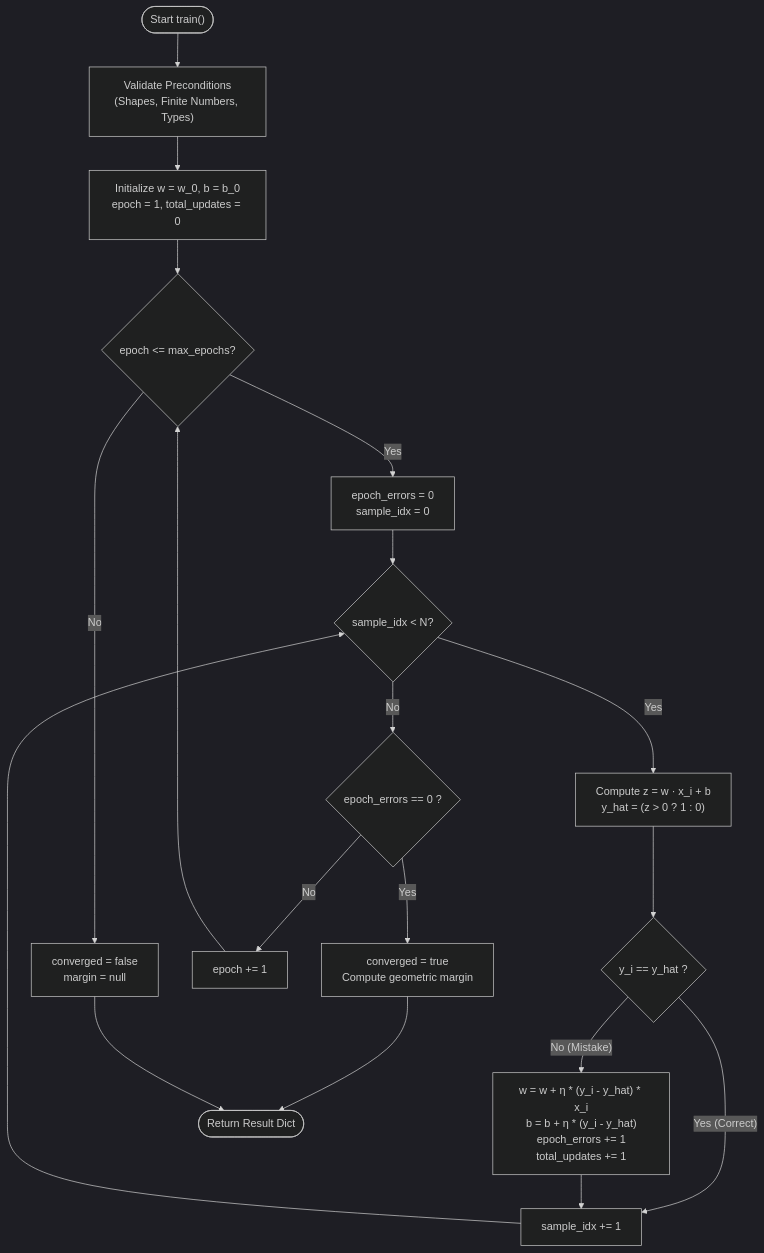
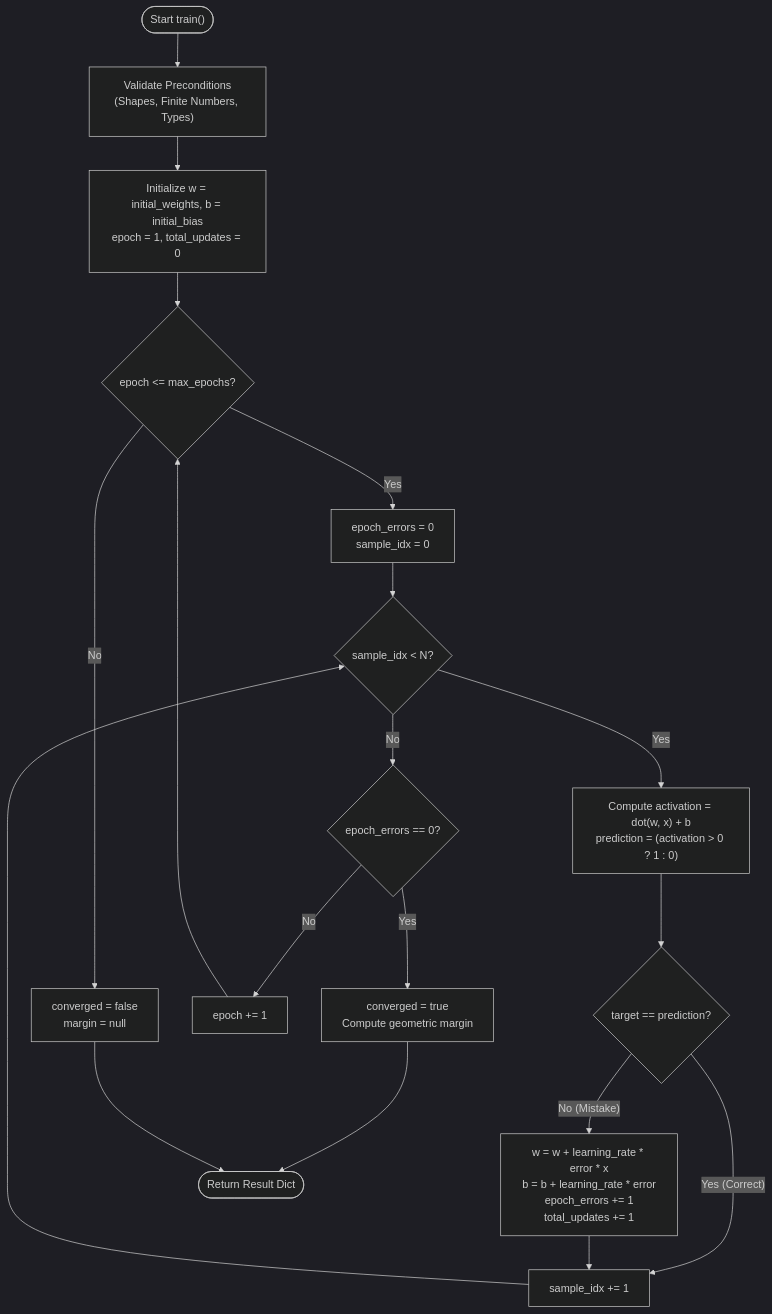
The first of 3 diagrams in src/features/code_engine/algos/nn/perceptron_learning/README.md (Chief-Strategist-J/policy-orchestrator), drawn with Mermaid (dark theme) before and after one commit. The commit also changed other lines of this file and 1 other file, not shown here.

````diff
--- a/src/features/code_engine/algos/nn/perceptron_learning/README.md
+++ b/src/features/code_engine/algos/nn/perceptron_learning/README.md
@@ -47,25 +47,25 @@
 ```mermaid
 flowchart TD
     Start(["Start train()"]) --> Validate["Validate Preconditions<br/>(Shapes, Finite Numbers, Types)"]
-    Validate --> Init["Initialize w = w_0, b = b_0<br/>epoch = 1, total_updates = 0"]
+    Validate --> Init["Initialize w = initial_weights, b = initial_bias<br/>epoch = 1, total_updates = 0"]
     Init --> EpochLoop{"epoch <= max_epochs?"}
     
     EpochLoop -- Yes --> ResetEpoch["epoch_errors = 0<br/>sample_idx = 0"]
     ResetEpoch --> SampleLoop{"sample_idx < N?"}
     
-    SampleLoop -- Yes --> Forward["Compute z = w · x_i + b<br/>y_hat = (z > 0 ? 1 : 0)"]
-    Forward --> CheckErr{"y_i == y_hat ?"}
+    SampleLoop -- Yes --> Forward["Compute activation = dot(w, x) + b<br/>prediction = (activation > 0 ? 1 : 0)"]
+    Forward --> CheckErr{"target == prediction?"}
     CheckErr -- Yes (Correct) --> NextSample["sample_idx += 1"]
-    CheckErr -- No (Mistake) --> Update["w = w + η * (y_i - y_hat) * x_i<br/>b = b + η * (y_i - y_hat)<br/>epoch_errors += 1<br/>total_updates += 1"]
+    CheckErr -- No (Mistake) --> Update["w = w + learning_rate * error * x<br/>b = b + learning_rate * error<br/>epoch_errors += 1<br/>total_updates += 1"]
     Update --> NextSample
     NextSample --> SampleLoop
     
-    SampleLoop -- No --> CheckConv{"epoch_errors == 0 ?"}
+    SampleLoop -- No --> CheckConv{"epoch_errors == 0?"}
     CheckConv -- Yes --> SetConv["converged = true<br/>Compute geometric margin"]
     CheckConv -- No --> NextEpoch["epoch += 1"]
     NextEpoch --> EpochLoop
     
     EpochLoop -- No --> Unconverged["converged = false<br/>margin = null"]
     SetConv --> ReturnOutput(["Return Result Dict"])
     Unconverged --> ReturnOutput
 ```
````
